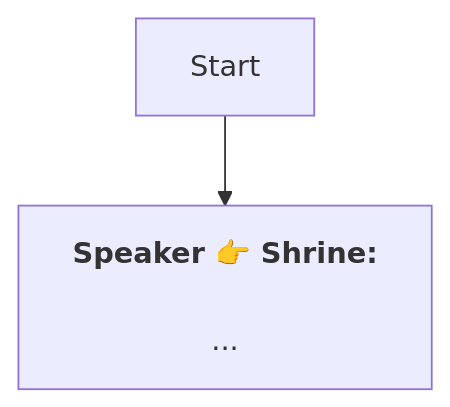
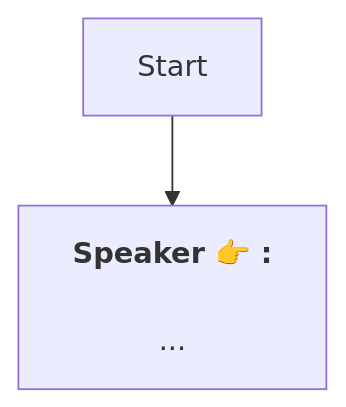
Before and after one commit to SoftHu/tos_avg: the diagram in En/Shrine.md, drawn with Mermaid. The commit also changed 737 other files, not shown here.

````diff
--- a/En/Shrine.md
+++ b/En/Shrine.md
@@ -1,7 +1,6 @@
 ```mermaid
 graph
-Start -->1741544066898150[<b>Speaker 👉 Shrine:</b>
+Start -->1741544066898150[<b>Speaker 👉 :</b>
+\n...]
 
-...]
-
- ```
+```
````
